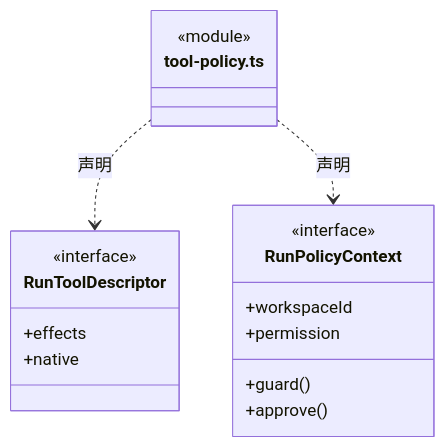
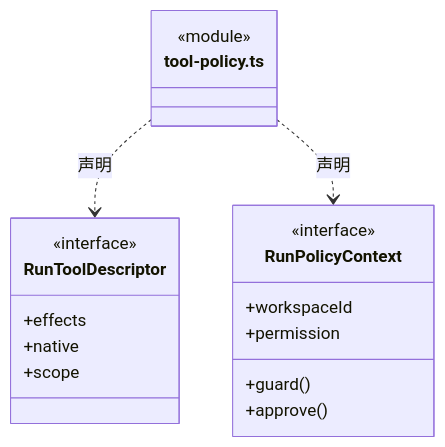
One commit to nan023062/cbim changed the second of 4 diagrams in src/backend/core/policy/ARCHITECTURE.md. Above: the diagram before and after it, drawn with Mermaid. The commit also changed other lines of this file and 62 other files, not shown here.

````diff
--- a/src/backend/core/policy/ARCHITECTURE.md
+++ b/src/backend/core/policy/ARCHITECTURE.md
@@ -28,20 +28,21 @@
 ```mermaid
 classDiagram
 class N_src_backend_core_policy_tool_policy_ts["tool-policy.ts"] {
   <<module>>
 }
 class N_src_backend_core_policy_tool_policy_ts_RunToolDescriptor["RunToolDescriptor"] {
   <<interface>>
   +effects
   +native
+  +scope
 }
 N_src_backend_core_policy_tool_policy_ts ..> N_src_backend_core_policy_tool_policy_ts_RunToolDescriptor : 声明
 class N_src_backend_core_policy_tool_policy_ts_RunPolicyContext["RunPolicyContext"] {
   <<interface>>
   +workspaceId
   +permission
   +guard()
   +approve()
 }
 N_src_backend_core_policy_tool_policy_ts ..> N_src_backend_core_policy_tool_policy_ts_RunPolicyContext : 声明
 ```
````
